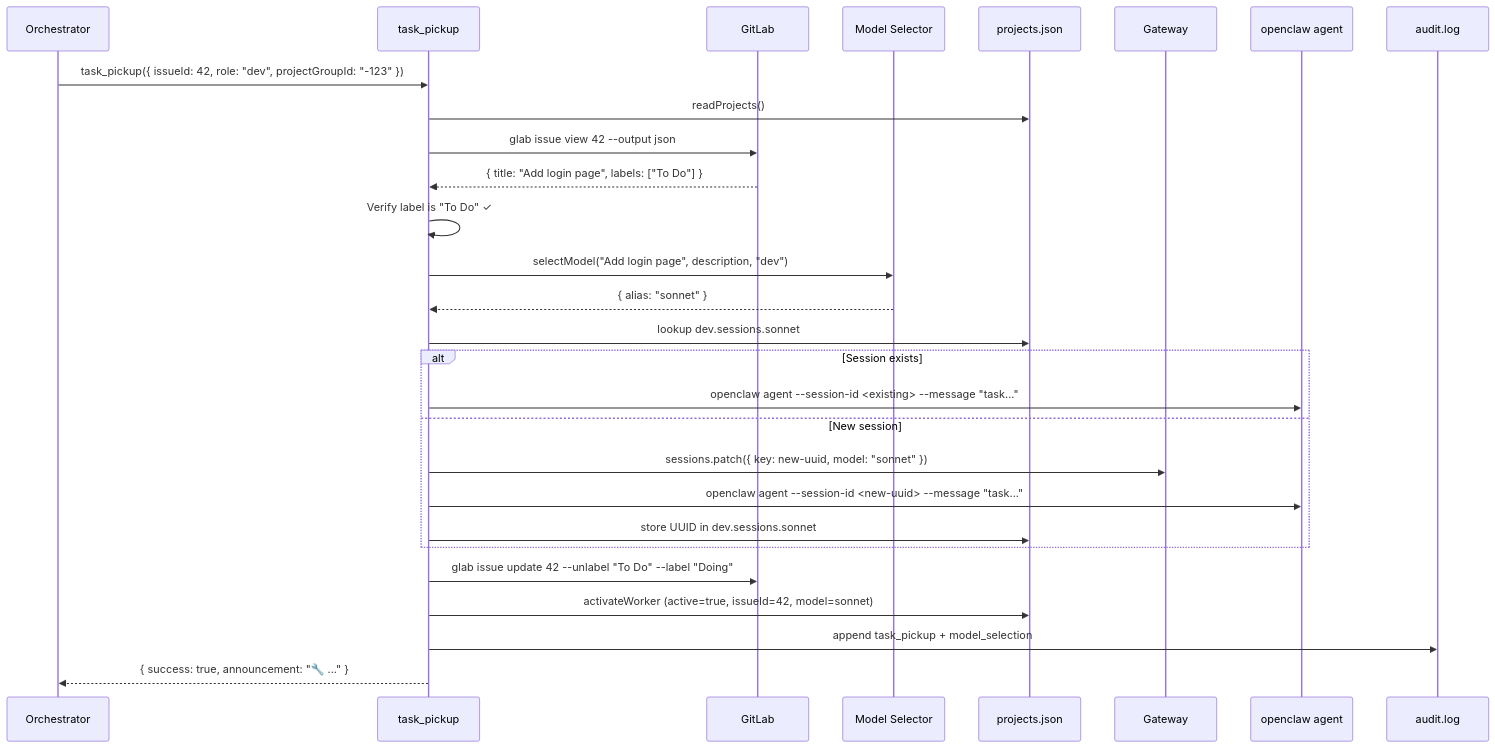
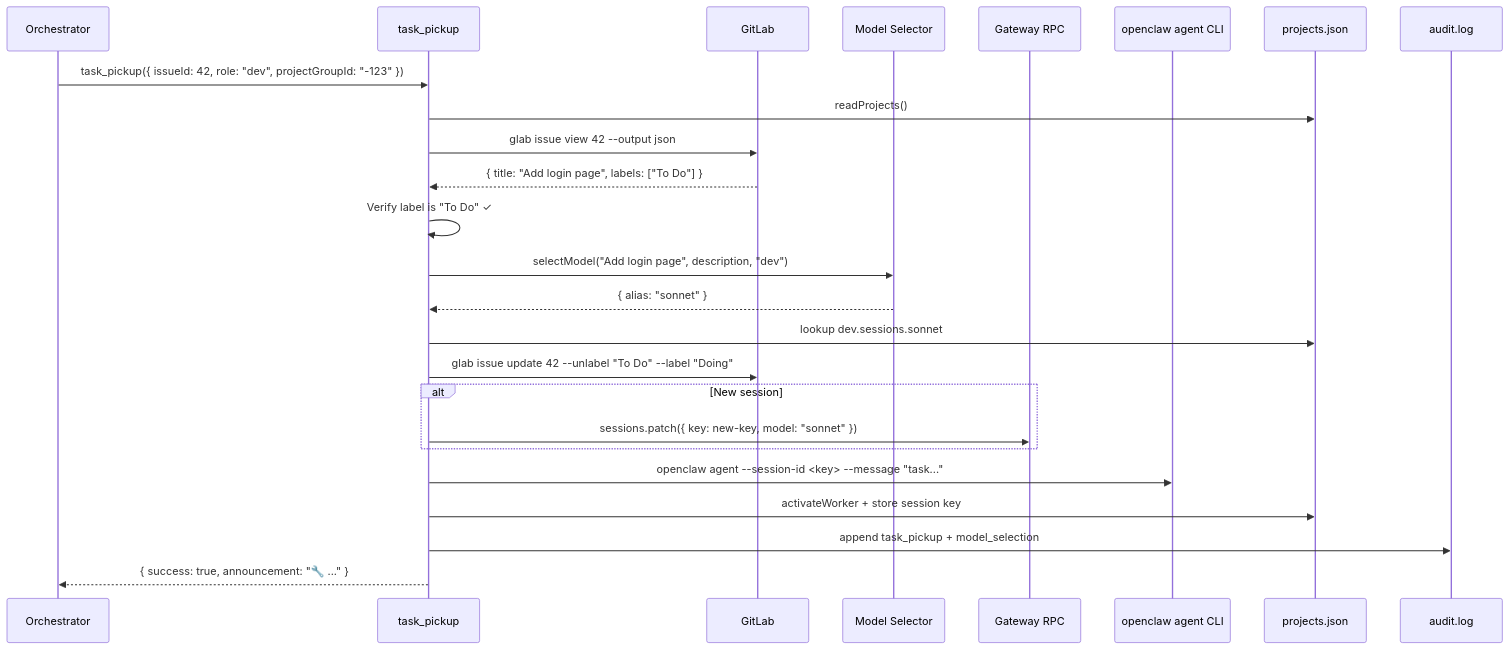
One commit to StrongheartedX/devclaw changed the fifth of 10 diagrams in docs/ARCHITECTURE.md. Above: the diagram before and after it, drawn with Mermaid. The commit also changed other lines of this file and 2 other files, not shown here.

Commit message:
Refine session management terminology and clarify plugin-controlled lifecycle in documentation

````diff
--- a/docs/ARCHITECTURE.md
+++ b/docs/ARCHITECTURE.md
@@ -247,31 +258,28 @@
 ```mermaid
 sequenceDiagram
     participant A as Orchestrator
     participant TP as task_pickup
     participant GL as GitLab
     participant MS as Model Selector
+    participant GW as Gateway RPC
+    participant CLI as openclaw agent CLI
     participant PJ as projects.json
-    participant GW as Gateway
-    participant CLI as openclaw agent
     participant AL as audit.log
 
     A->>TP: task_pickup({ issueId: 42, role: "dev", projectGroupId: "-123" })
     TP->>PJ: readProjects()
     TP->>GL: glab issue view 42 --output json
     GL-->>TP: { title: "Add login page", labels: ["To Do"] }
     TP->>TP: Verify label is "To Do" ✓
     TP->>MS: selectModel("Add login page", description, "dev")
     MS-->>TP: { alias: "sonnet" }
     TP->>PJ: lookup dev.sessions.sonnet
-    alt Session exists
-        TP->>CLI: openclaw agent --session-id <existing> --message "task..."
-    else New session
-        TP->>GW: sessions.patch({ key: new-uuid, model: "sonnet" })
-        TP->>CLI: openclaw agent --session-id <new-uuid> --message "task..."
-        TP->>PJ: store UUID in dev.sessions.sonnet
+    TP->>GL: glab issue update 42 --unlabel "To Do" --label "Doing"
+    alt New session
+        TP->>GW: sessions.patch({ key: new-key, model: "sonnet" })
     end
-    TP->>GL: glab issue update 42 --unlabel "To Do" --label "Doing"
-    TP->>PJ: activateWorker (active=true, issueId=42, model=sonnet)
+    TP->>CLI: openclaw agent --session-id <key> --message "task..."
+    TP->>PJ: activateWorker + store session key
     TP->>AL: append task_pickup + model_selection
     TP-->>A: { success: true, announcement: "🔧 ..." }
 ```
````
